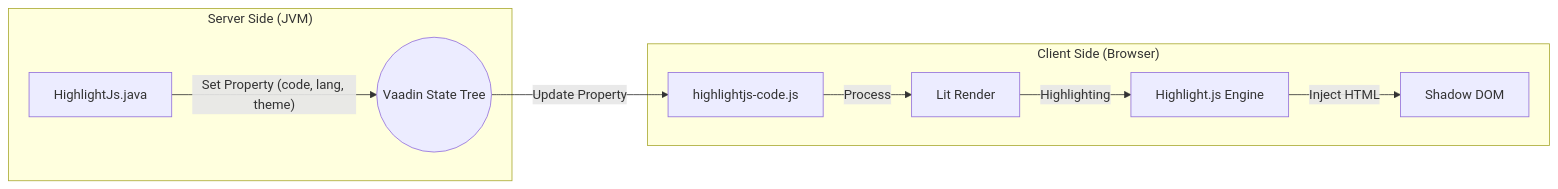
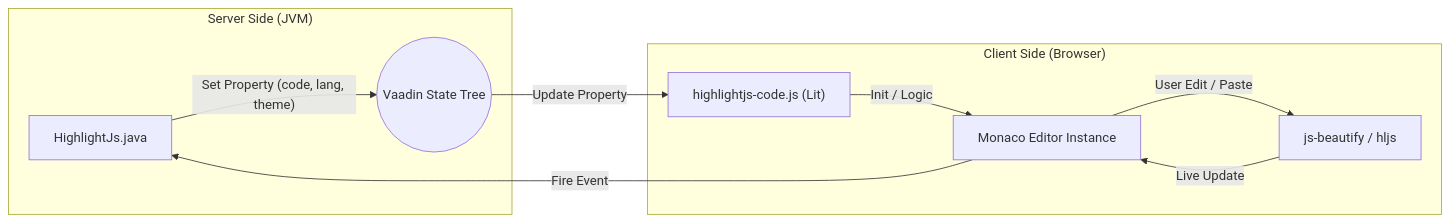
Before and after one commit to ka0un/vaadin-highlight-js: the diagram in PROJECT_GUIDELINES.md, drawn with Mermaid. The commit also changed other lines of this file and 4 other files, not shown here.

Commit message:
enhance HighlightJs component with Monaco Editor integration, add clear button functionality, and improve project documentation

````diff
--- a/PROJECT_GUIDELINES.md
+++ b/PROJECT_GUIDELINES.md
@@ -42,12 +45,13 @@
 ```mermaid
 graph LR
     subgraph "Server Side (JVM)"
         A[HighlightJs.java] -- "Set Property (code, lang, theme)" --> B((Vaadin State Tree))
     end
     subgraph "Client Side (Browser)"
-        B -- "Update Property" --> C[highlightjs-code.js]
-        C -- "Process" --> D[Lit Render]
-        D -- "Highlighting" --> E[Highlight.js Engine]
-        E -- "Inject HTML" --> F[Shadow DOM]
+        B -- "Update Property" --> C["highlightjs-code.js (Lit)"]
+        C -- "Init / Logic" --> D["Monaco Editor Instance"]
+        D -- "User Edit / Paste" --> E["js-beautify / hljs"]
+        E -- "Live Update" --> D
+        D -- "Fire Event" --> A
     end
 ```
````
